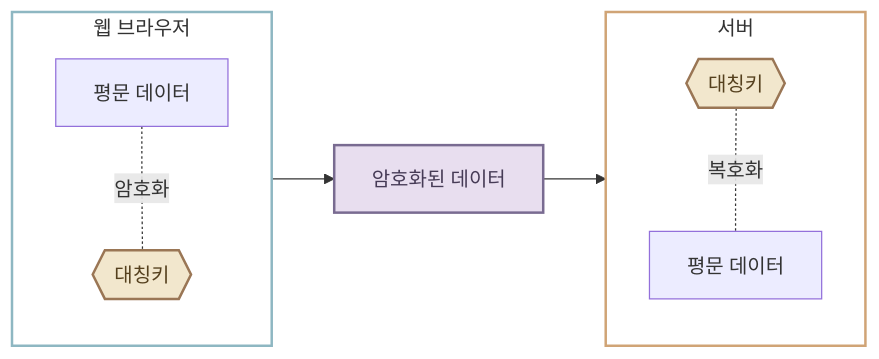
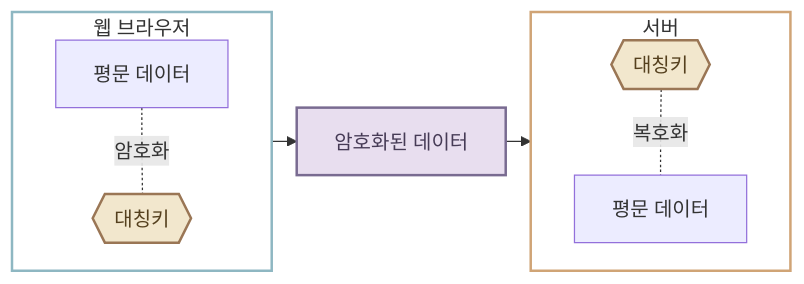
The seventh of 7 diagrams in docs/prerequisites/https.md (qu3vipon/the-hitchhikers-guide-to-ai), drawn with Mermaid before and after one commit. The commit also changed other lines of this file, not shown here.

Commit message:
update https diagram

````diff
--- a/docs/prerequisites/https.md
+++ b/docs/prerequisites/https.md
@@ -226,28 +212,29 @@
     ```mermaid
+    %%{init: {"flowchart": {"rankSpacing": 20}} }%%
     flowchart LR
         subgraph clientGroup["웹 브라우저"]
             direction TB
             clientKey{{대칭키}}
             clientData[평문 데이터]
 
             clientData -.-|암호화| clientKey
         end
 
         subgraph serverGroup["서버"]
             direction TB
             serverKey{{대칭키}}
             serverData[평문 데이터]
 
             serverKey -.-|복호화| serverData
         end
 
         clientKey --> encryptedData[암호화된 데이터]
         encryptedData --> serverKey
 
         classDef key fill:#f2e7cd,stroke:#9a7655,stroke-width:2px,color:#55401e
         classDef encrypted fill:#e8deef,stroke:#796b91,stroke-width:2px,color:#463b56
         class clientKey,serverKey key
         class encryptedData encrypted
         style clientGroup fill:transparent,stroke:#8eb7c2,stroke-width:2px
         style serverGroup fill:transparent,stroke:#d0a476,stroke-width:2px
     ```
````
